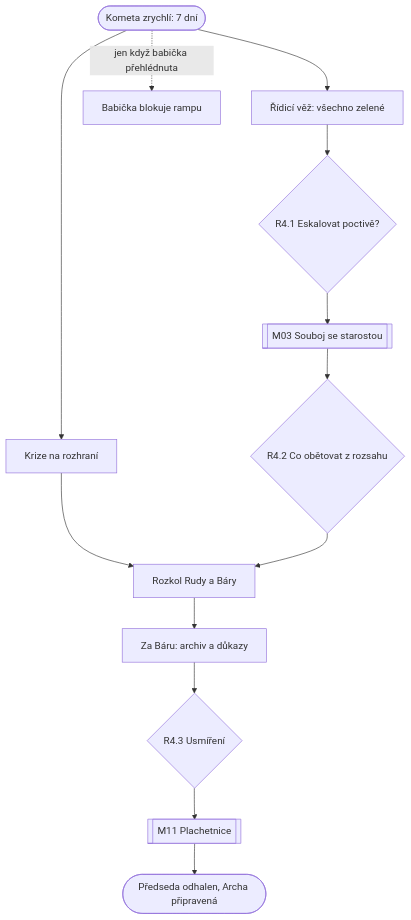
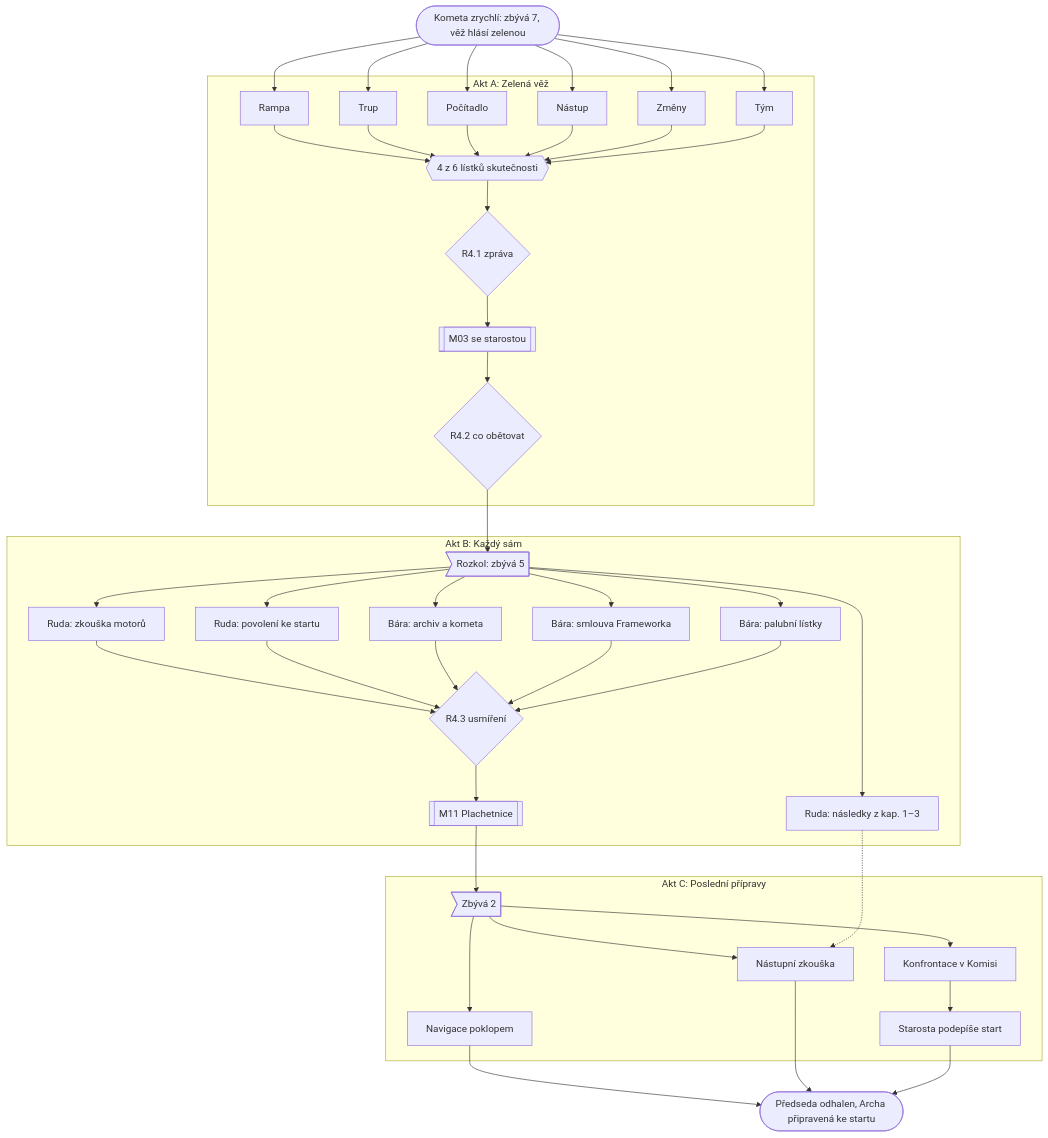
Before and after one commit to miroslavkrupa/games-termin-byl-vcera: the diagram in docs/kapitoly/04-krize.md, drawn with Mermaid. The commit also changed other lines of this file and 13 other files, not shown here.

First line of the commit message:
Kapitola 4 Všechno zelené: místnosti, puzzly, průchod a dialogy (D77)

````diff
--- a/docs/kapitoly/04-krize.md
+++ b/docs/kapitoly/04-krize.md
@@ -65,14 +31,21 @@
 ```mermaid
 flowchart TD
-  start(["Kometa zrychlí: 7 dní"]) --> vez["Řídicí věž: všechno zelené"]
-  start --> rozhrani["Krize na rozhraní"]
-  start -.->|jen když babička přehlédnuta| babicka["Babička blokuje rampu"]
-  vez --> r41{"R4.1 Eskalovat poctivě?"}
-  r41 --> m03[["M03 Souboj se starostou"]]
-  m03 --> r42{"R4.2 Co obětovat z rozsahu"}
-  rozhrani & r42 --> rozkol["Rozkol Rudy a Báry"]
-  rozkol --> bara["Za Báru: archiv a důkazy"]
-  bara --> r43{"R4.3 Usmíření"}
-  r43 --> m11[["M11 Plachetnice"]]
-  m11 --> konec(["Předseda odhalen, Archa připravená"])
+  start(["Kometa zrychlí: zbývá 7, věž hlásí zelenou"]) --> A1 & A2 & A3 & A4 & A5 & A6
+  subgraph A["Akt A: Zelená věž"]
+    A1["Rampa"] & A2["Trup"] & A3["Počítadlo"] & A4["Nástup"] & A5["Změny"] & A6["Tým"] --> L{{"4 z 6 lístků skutečnosti"}}
+    L --> R41{"R4.1 zpráva"} --> M03[["M03 se starostou"]] --> R42{"R4.2 co obětovat"}
+  end
+  R42 --> rozkol>"Rozkol: zbývá 5"]
+  subgraph B["Akt B: Každý sám"]
+    rozkol --> RM["Ruda: zkouška motorů"] & RP["Ruda: povolení ke startu"] & RN["Ruda: následky z kap. 1–3"]
+    rozkol --> BA["Bára: archiv a kometa"] & BF["Bára: smlouva Frameworka"] & BT["Bára: palubní lístky"]
+    RM & RP & BA & BF & BT --> R43{"R4.3 usmíření"} --> M11[["M11 Plachetnice"]]
+  end
+  M11 --> C0>"Zbývá 2"]
+  subgraph C["Akt C: Poslední přípravy"]
+    C0 --> CN["Navigace poklopem"] & CS["Nástupní zkouška"] & CK["Konfrontace v Komisi"]
+    RN -.-> CS
+    CK --> P["Starosta podepíše start"]
+  end
+  CN & CS & P --> konec(["Předseda odhalen, Archa připravená ke startu"])
 ```
````
